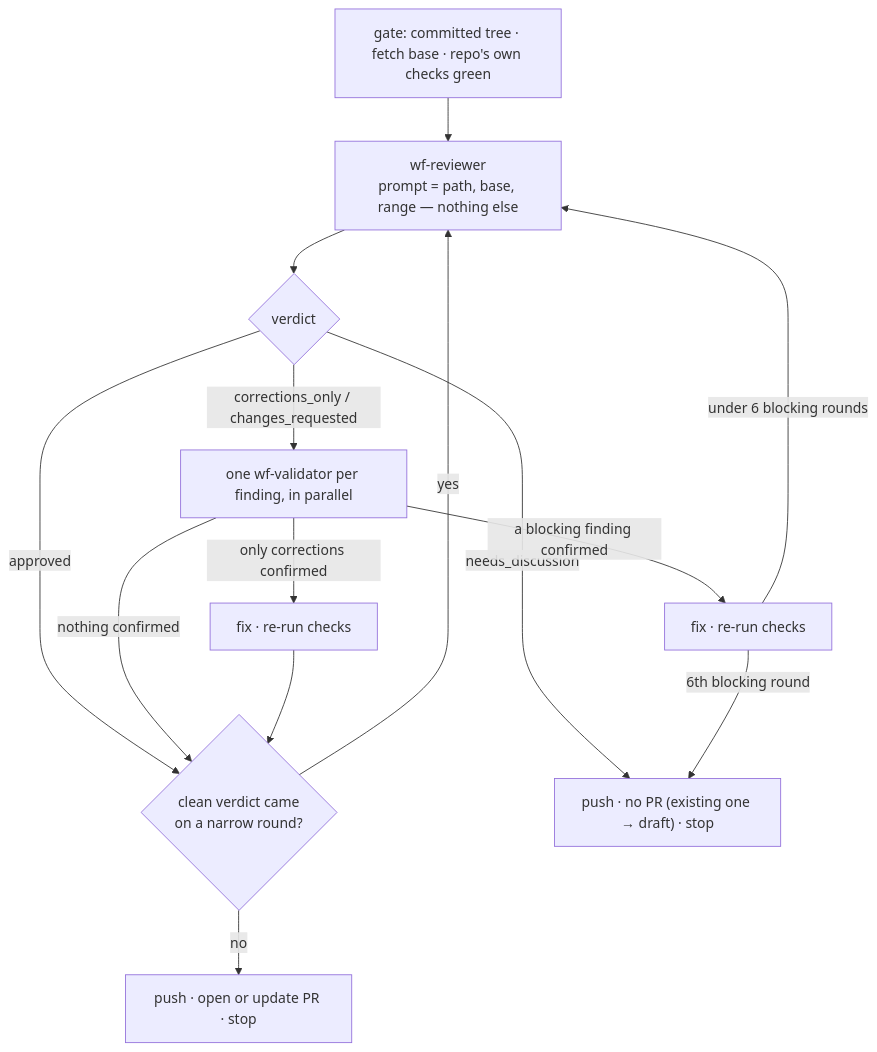
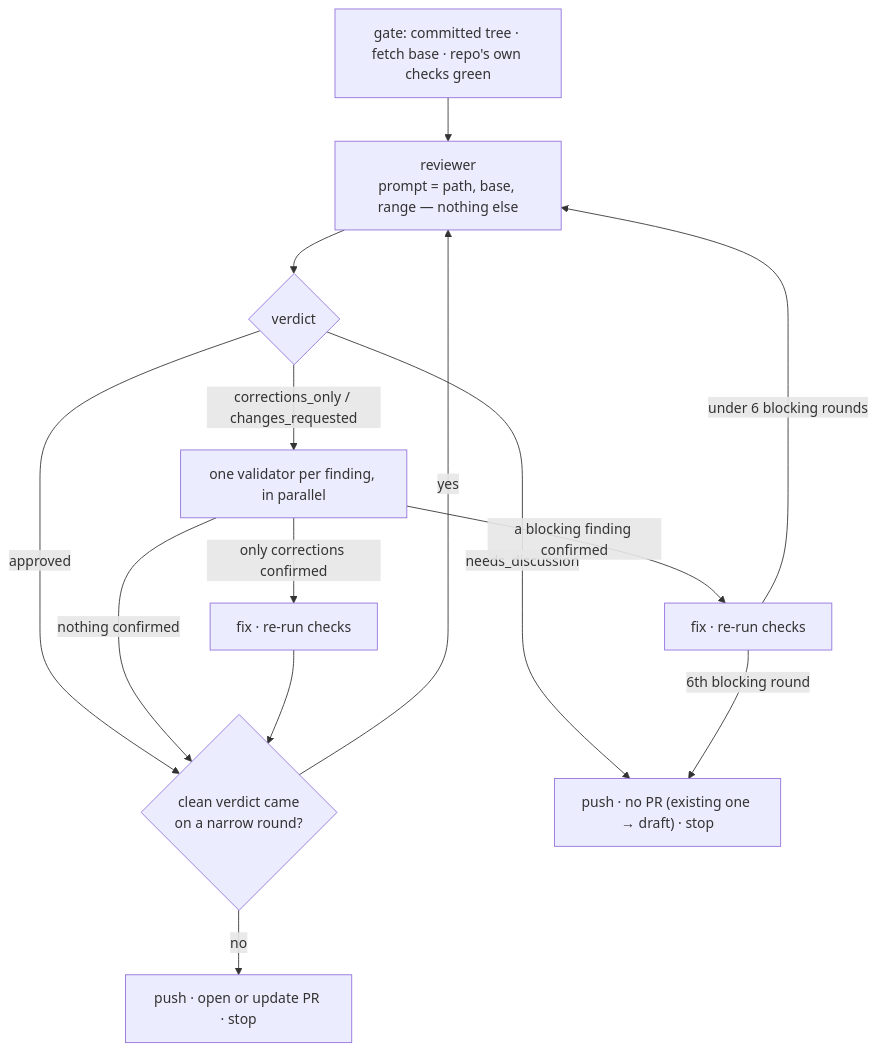
Before and after one commit to aleskiontherun/claude-workflows: the first of 2 diagrams in README.md, drawn with Mermaid. The commit also changed other lines of this file and 99 other files, not shown here.

````diff
--- a/README.md
+++ b/README.md
@@ -134,16 +162,16 @@
 ```mermaid
 flowchart TD
-    G["gate: committed tree · fetch base · repo's own checks green"] --> R["wf-reviewer<br/>prompt = path, base, range — nothing else"]
+    G["gate: committed tree · fetch base · repo's own checks green"] --> R["reviewer<br/>prompt = path, base, range — nothing else"]
     R --> V{verdict}
     V -->|approved| C4b
     V -->|needs_discussion| U
-    V -->|"corrections_only / changes_requested"| VAL["one wf-validator per finding, in parallel"]
+    V -->|"corrections_only / changes_requested"| VAL["one validator per finding, in parallel"]
     VAL -->|"nothing confirmed"| C4b
     VAL -->|"only corrections confirmed"| FC["fix · re-run checks"] --> C4b
     VAL -->|"a blocking finding confirmed"| FB["fix · re-run checks"]
     FB -->|"under 6 blocking rounds"| R
     FB -->|"6th blocking round"| U
     C4b{"clean verdict came<br/>on a narrow round?"} -->|yes| R
     C4b -->|no| P["push · open or update PR · stop"]
     U["push · no PR (existing one → draft) · stop"]
 ```
````
